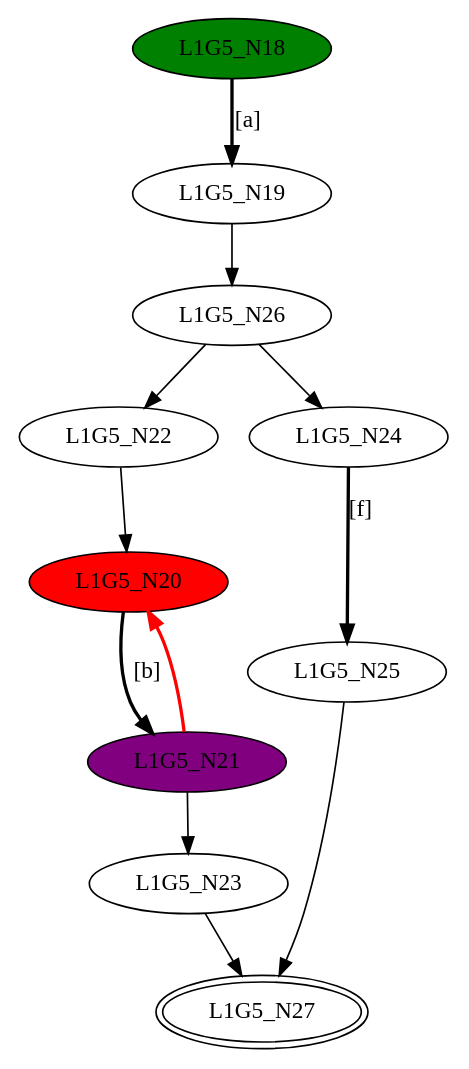
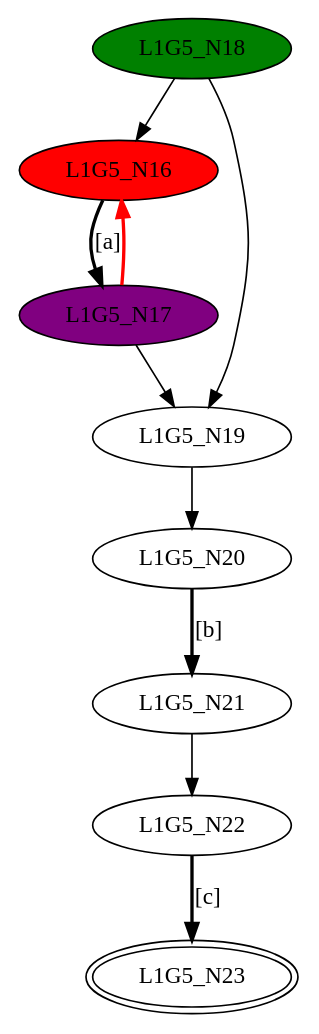
One commit to GDimitroulakos/EDUFLEX changed the diagram in DFASimulator/Testbench/Concatenation_G5.dot. Above: the diagram before and after it, drawn with Graphviz. The commit also changed 216 other files, not shown here.

```diff
--- a/DFASimulator/Testbench/Concatenation_G5.dot
+++ b/DFASimulator/Testbench/Concatenation_G5.dot
@@ -1,23 +1,19 @@
 digraph G5{
+"L1G5_N16" [style=filled,fillcolor=red];
+"L1G5_N17" [style=filled,fillcolor=purple];
 "L1G5_N18" [style=filled,fillcolor=green];
 "L1G5_N19";
-"L1G5_N20" [style=filled,fillcolor=red];
-"L1G5_N21" [style=filled,fillcolor=purple];
+"L1G5_N20";
+"L1G5_N21";
 "L1G5_N22";
-"L1G5_N23";
-"L1G5_N24";
-"L1G5_N25";
-"L1G5_N26";
-"L1G5_N27" [peripheries=2];
-"L1G5_N18"->"L1G5_N19" [style = bold, label = "[a]"];
+"L1G5_N23" [peripheries=2];
+"L1G5_N16"->"L1G5_N17" [style = bold, label = "[a]"];
+"L1G5_N18"->"L1G5_N16";
+"L1G5_N17"->"L1G5_N19";
+"L1G5_N18"->"L1G5_N19";
+"L1G5_N17"->"L1G5_N16" [color=red,style = bold, label = ""];
 "L1G5_N20"->"L1G5_N21" [style = bold, label = "[b]"];
-"L1G5_N22"->"L1G5_N20";
-"L1G5_N21"->"L1G5_N23";
-"L1G5_N21"->"L1G5_N20" [color=red,style = bold, label = ""];
-"L1G5_N24"->"L1G5_N25" [style = bold, label = "[f]"];
-"L1G5_N26"->"L1G5_N22";
-"L1G5_N26"->"L1G5_N24";
-"L1G5_N25"->"L1G5_N27";
-"L1G5_N23"->"L1G5_N27";
-"L1G5_N19"->"L1G5_N26";
+"L1G5_N19"->"L1G5_N20";
+"L1G5_N22"->"L1G5_N23" [style = bold, label = "[c]"];
+"L1G5_N21"->"L1G5_N22";
 }
```
